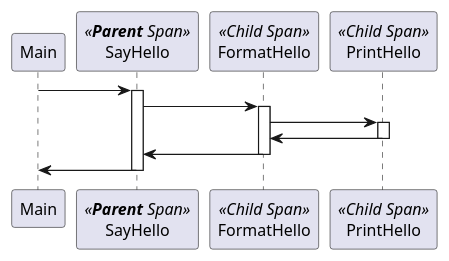
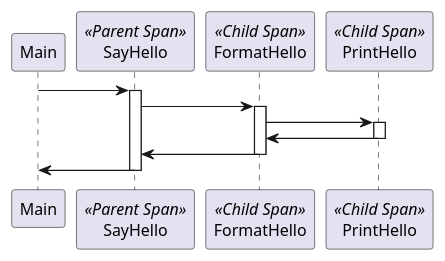
Before and after one commit to abcdsds/Learning-FunctionalProgramming: the diagram in Fundamentals/DistributedTracing/Tutorial/Lesson2/Step1/UMLs/SpanHierarchy.puml, drawn with PlantUML. The commit also changed 66 other files, not shown here.

```diff
--- a/Fundamentals/DistributedTracing/Tutorial/Lesson2/Step1/UMLs/SpanHierarchy.puml
+++ b/Fundamentals/DistributedTracing/Tutorial/Lesson2/Step1/UMLs/SpanHierarchy.puml
@@ -1,26 +1,26 @@
 @startuml
 
 participant Main 
-participant SayHello << **Parent** Span >>
+participant SayHello << Parent Span >>
 participant FormatHello << Child Span >>
 participant PrintHello << Child Span >>
 
 Main -> SayHello
 activate SayHello
 
 SayHello -> FormatHello
 activate FormatHello
 
 FormatHello -> PrintHello
 activate PrintHello
 
 PrintHello -> FormatHello
 deactivate PrintHello
 
 FormatHello -> SayHello
 deactivate FormatHello
 
 SayHello -> Main
 deactivate SayHello
 
 @enduml
```
